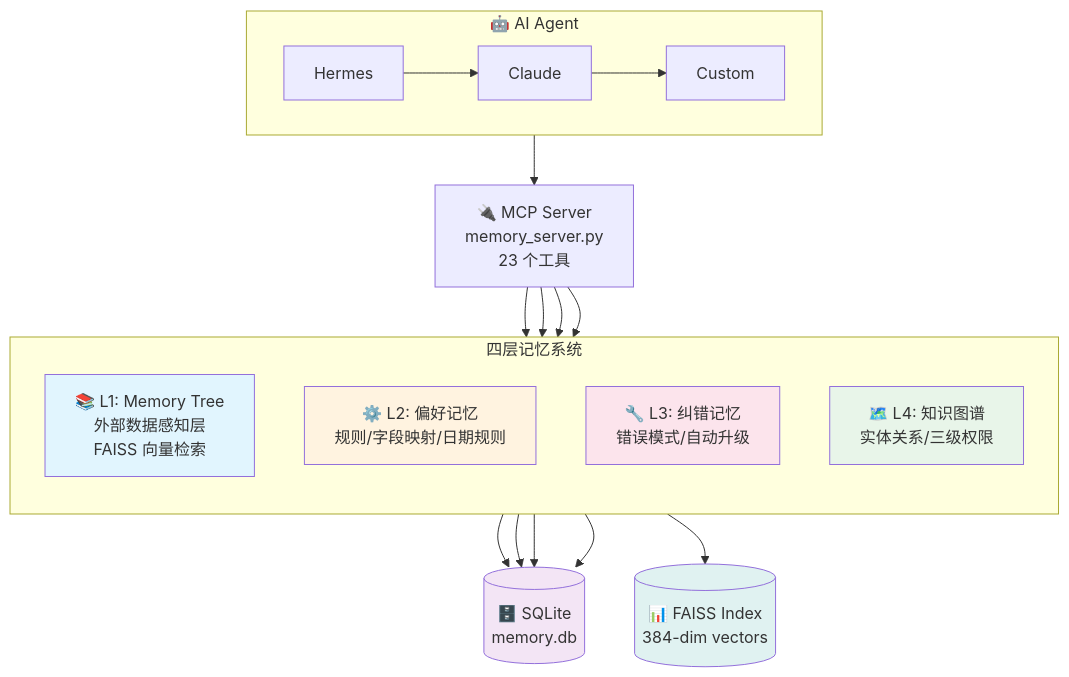
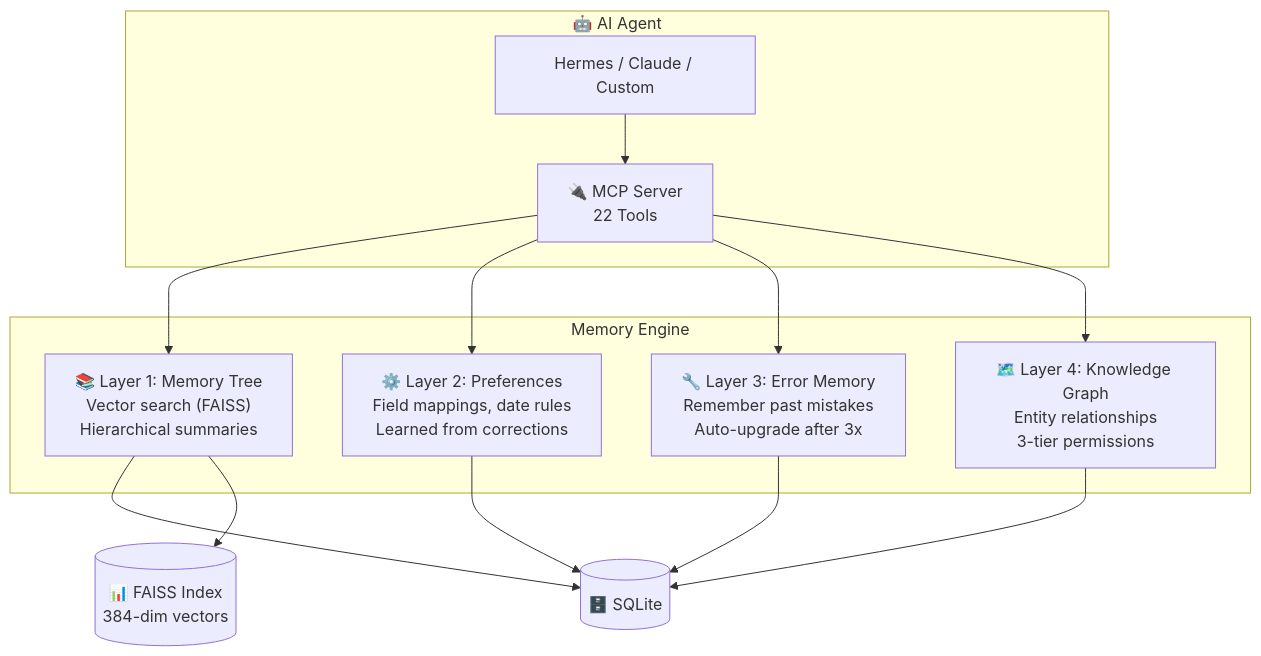
The diagram in README.md (qq1009128320-dotcom/memory-engine), drawn with Mermaid before and after one commit. The commit also changed other lines of this file and 4 other files, not shown here.

````diff
--- a/README.md
+++ b/README.md
@@ -26,33 +27,17 @@
 ```mermaid
 graph TD
     subgraph Agent["🤖 AI Agent"]
-        direction LR
-        A1[Hermes] --> A2[Claude]
-        A2 --> A3[Custom]
+        A1[Hermes / Claude / Custom] --> MCP["🔌 MCP Server<br/>22 Tools"]
     end
 
-    Agent --> MCP["🔌 MCP Server<br/>memory_server.py<br/>23 个工具"]
-
-    subgraph Layers["四层记忆系统"]
-        direction TB
-        L1["📚 L1: Memory Tree<br/>外部数据感知层<br/>FAISS 向量检索"]
-        L2["⚙️ L2: 偏好记忆<br/>规则/字段映射/日期规则"]
-        L3["🔧 L3: 纠错记忆<br/>错误模式/自动升级"]
-        L4["🗺️ L4: 知识图谱<br/>实体关系/三级权限"]
+    subgraph Layers["Memory Engine"]
+        L1["📚 Layer 1: Memory Tree<br/>Vector search (FAISS)<br/>Hierarchical summaries"]
+        L2["⚙️ Layer 2: Preferences<br/>Field mappings, date rules<br/>Learned from corrections"]
+        L3["🔧 Layer 3: Error Memory<br/>Remember past mistakes<br/>Auto-upgrade after 3x"]
+        L4["🗺️ Layer 4: Knowledge Graph<br/>Entity relationships<br/>3-tier permissions"]
     end
 
-    MCP --> L1
-    MCP --> L2
-    MCP --> L3
-    MCP --> L4
-
-    L1 & L2 & L3 & L4 --> DB[("🗄️ SQLite<br/>memory.db")]
+    MCP --> L1 & L2 & L3 & L4
+    L1 & L2 & L3 & L4 --> DB[("🗄️ SQLite")]
     L1 --> FAISS[("📊 FAISS Index<br/>384-dim vectors")]
-
-    style L1 fill:#e1f5fe
-    style L2 fill:#fff3e0
-    style L3 fill:#fce4ec
-    style L4 fill:#e8f5e9
-    style DB fill:#f3e5f5
-    style FAISS fill:#e0f2f1
 ```
````
